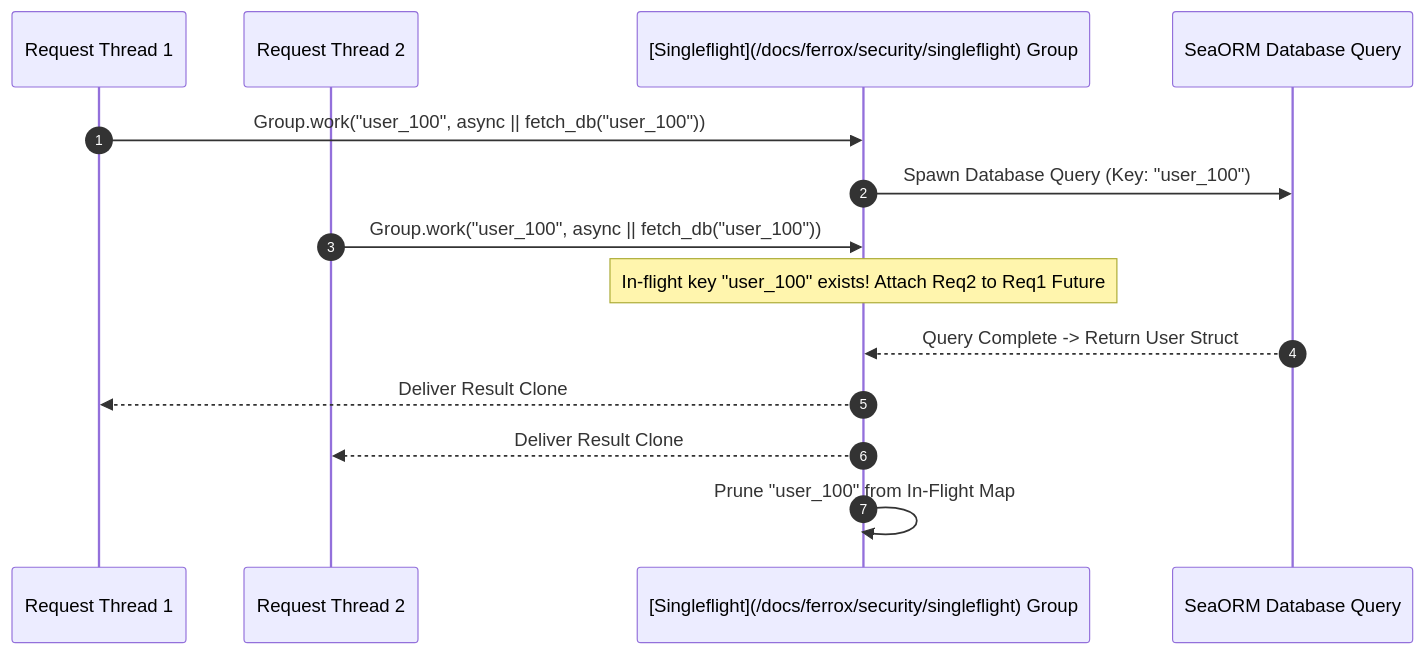
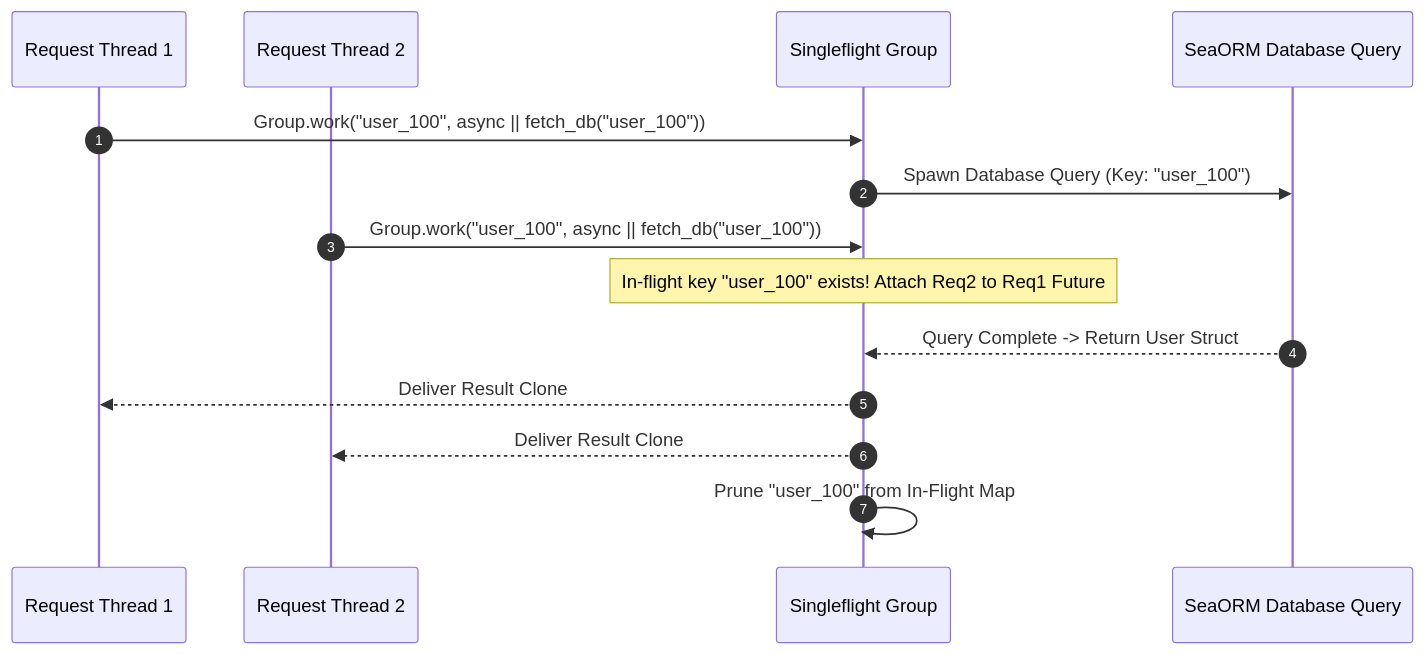
One commit to AI-Autistic-Intelligence/ferrox-docs changed the diagram in docs/ferrox/security/singleflight.md. Above: the diagram before and after it, drawn with Mermaid. The commit also changed other lines of this file and 770 other files, not shown here.

````diff
--- a/docs/ferrox/security/singleflight.md
+++ b/docs/ferrox/security/singleflight.md
@@ -50,17 +50,17 @@
 ```mermaid
 sequenceDiagram
     autonumber
     participant Req1 as Request Thread 1
     participant Req2 as Request Thread 2
-    participant Group as [Singleflight](/docs/ferrox/security/singleflight) Group
+    participant Group as Singleflight Group
     participant DB as SeaORM Database Query
 
     Req1->>Group: Group.work("user_100", async || fetch_db("user_100"))
     Group->>DB: Spawn Database Query (Key: "user_100")
     Req2->>Group: Group.work("user_100", async || fetch_db("user_100"))
     Note over Group: In-flight key "user_100" exists! Attach Req2 to Req1 Future
     DB-->>Group: Query Complete -> Return User Struct
     Group-->>Req1: Deliver Result Clone
     Group-->>Req2: Deliver Result Clone
     Group->>Group: Prune "user_100" from In-Flight Map
 ```
````
